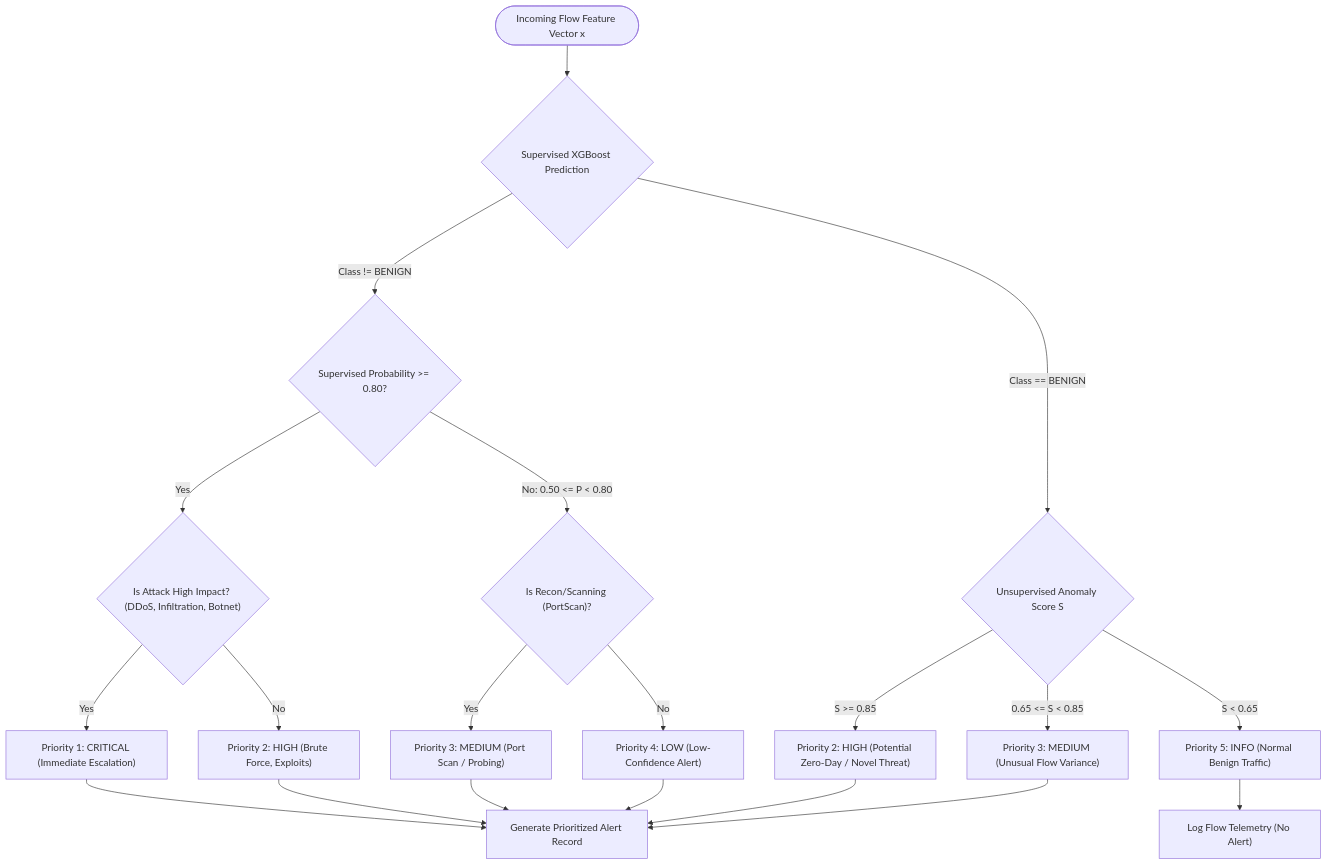
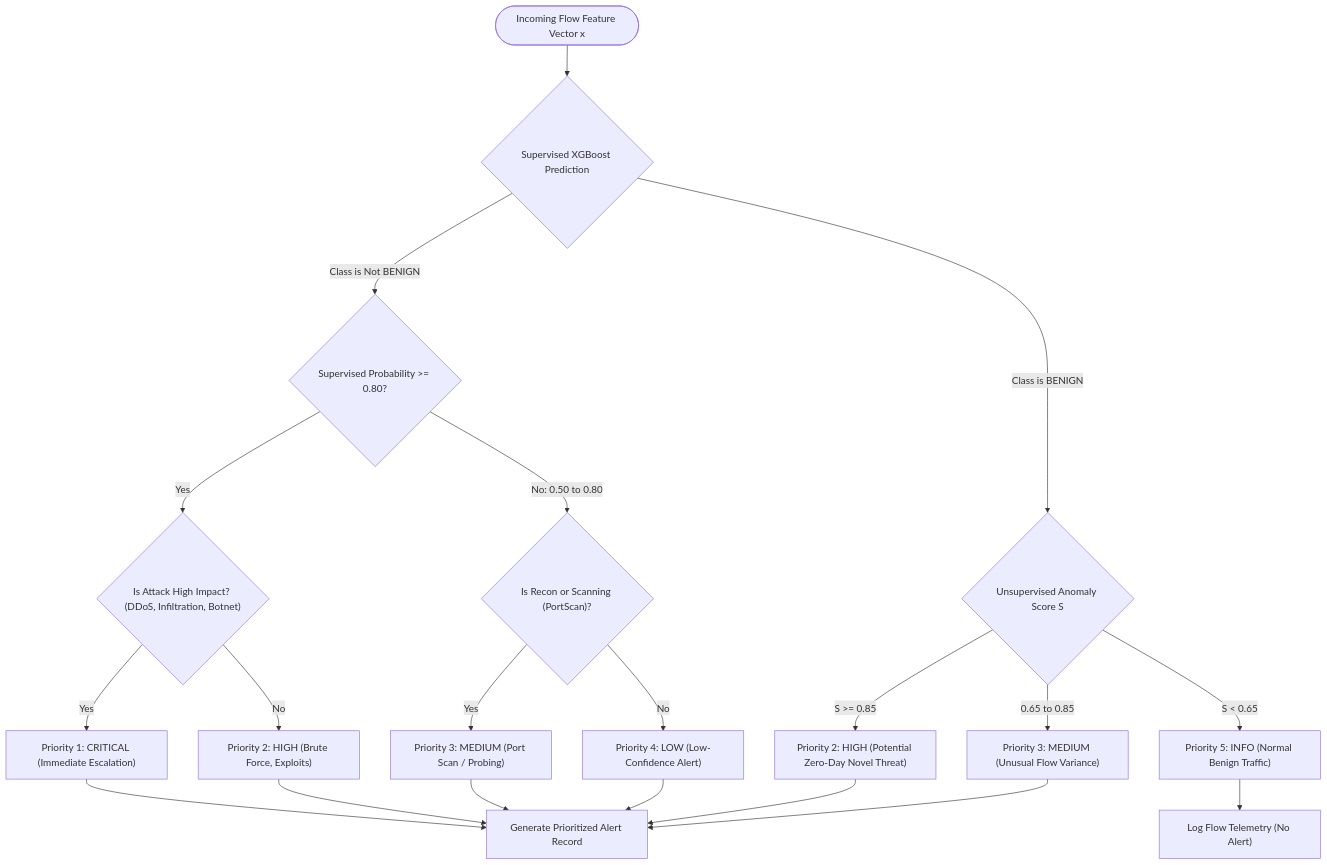
One commit to sunayanakamat04/cybersentinel-ai changed the third of 6 diagrams in docs/ARCHITECTURE.md. Above: the diagram before and after it, drawn with Mermaid. The commit also changed other lines of this file and 3 other files, not shown here.

Commit message:
fix(docs): resolve Mermaid syntax parse errors for GitHub rich display rendering

````diff
--- a/docs/ARCHITECTURE.md
+++ b/docs/ARCHITECTURE.md
@@ -105,26 +105,26 @@
 ```mermaid
 flowchart TD
     START(["Incoming Flow Feature Vector x"]) --> SUP_TEST{"Supervised XGBoost Prediction"}
     
-    SUP_TEST -->|Class != BENIGN| CHECK_CONF{"Supervised Probability >= 0.80?"}
-    CHECK_CONF -->|Yes| HIGH_IMPACT{"Is Attack High Impact? (DDoS, Infiltration, Botnet)"}
-    HIGH_IMPACT -->|Yes| CRIT["Priority 1: CRITICAL (Immediate Escalation)"]
-    HIGH_IMPACT -->|No| HIGH_KNOWN["Priority 2: HIGH (Brute Force, Exploits)"]
+    SUP_TEST -->|"Class is Not BENIGN"| CHECK_CONF{"Supervised Probability >= 0.80?"}
+    CHECK_CONF -->|"Yes"| HIGH_IMPACT{"Is Attack High Impact? (DDoS, Infiltration, Botnet)"}
+    HIGH_IMPACT -->|"Yes"| CRIT["Priority 1: CRITICAL (Immediate Escalation)"]
+    HIGH_IMPACT -->|"No"| HIGH_KNOWN["Priority 2: HIGH (Brute Force, Exploits)"]
     
-    CHECK_CONF -->|No: 0.50 <= P < 0.80| RECON{"Is Recon/Scanning (PortScan)?"}
-    RECON -->|Yes| MED_KNOWN["Priority 3: MEDIUM (Port Scan / Probing)"]
-    RECON -->|No| LOW_CONF["Priority 4: LOW (Low-Confidence Alert)"]
+    CHECK_CONF -->|"No: 0.50 to 0.80"| RECON{"Is Recon or Scanning (PortScan)?"}
+    RECON -->|"Yes"| MED_KNOWN["Priority 3: MEDIUM (Port Scan / Probing)"]
+    RECON -->|"No"| LOW_CONF["Priority 4: LOW (Low-Confidence Alert)"]
 
-    SUP_TEST -->|Class == BENIGN| ANOM_TEST{"Unsupervised Anomaly Score S"}
-    ANOM_TEST -->|S >= 0.85| ZERO_DAY["Priority 2: HIGH (Potential Zero-Day / Novel Threat)"]
-    ANOM_TEST -->|0.65 <= S < 0.85| MOD_ANOM["Priority 3: MEDIUM (Unusual Flow Variance)"]
-    ANOM_TEST -->|S < 0.65| PASS_BENIGN["Priority 5: INFO (Normal Benign Traffic)"]
+    SUP_TEST -->|"Class is BENIGN"| ANOM_TEST{"Unsupervised Anomaly Score S"}
+    ANOM_TEST -->|"S >= 0.85"| ZERO_DAY["Priority 2: HIGH (Potential Zero-Day Novel Threat)"]
+    ANOM_TEST -->|"0.65 to 0.85"| MOD_ANOM["Priority 3: MEDIUM (Unusual Flow Variance)"]
+    ANOM_TEST -->|"S < 0.65"| PASS_BENIGN["Priority 5: INFO (Normal Benign Traffic)"]
 
     CRIT --> GEN_ALERT["Generate Prioritized Alert Record"]
     HIGH_KNOWN --> GEN_ALERT
     ZERO_DAY --> GEN_ALERT
     MED_KNOWN --> GEN_ALERT
     MOD_ANOM --> GEN_ALERT
     LOW_CONF --> GEN_ALERT
     PASS_BENIGN --> LOG_TELEMETRY["Log Flow Telemetry (No Alert)"]
 ```
````
